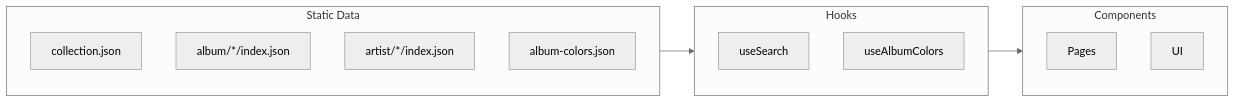
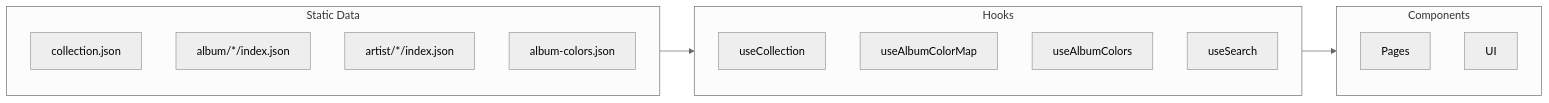
One commit to russmckendrick/russ-fm changed the second of 2 diagrams in docs/frontend/README.md. Above: the diagram before and after it, drawn with Mermaid (neutral theme). The commit also changed other lines of this file and 9 other files, not shown here.

````diff
--- a/docs/frontend/README.md
+++ b/docs/frontend/README.md
@@ -122,22 +119,24 @@
 ```mermaid
 flowchart LR
     subgraph Static["Static Data"]
         collection.json
         album/*/index.json
         artist/*/index.json
         album-colors.json
     end
 
     subgraph Hooks
+        useCollection
+        useAlbumColorMap
+        useAlbumColors
         useSearch
-        useAlbumColors
     end
 
     subgraph Components
         Pages
         UI
     end
 
     Static --> Hooks
     Hooks --> Components
 ```
````
